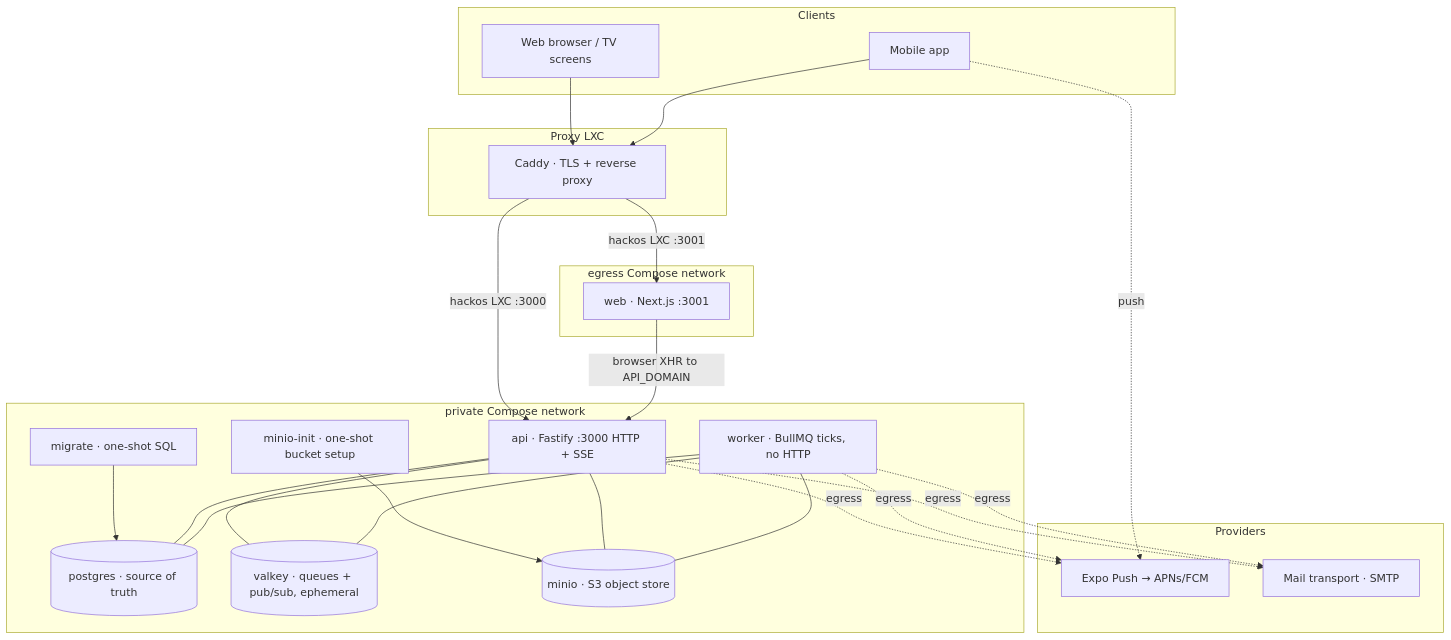
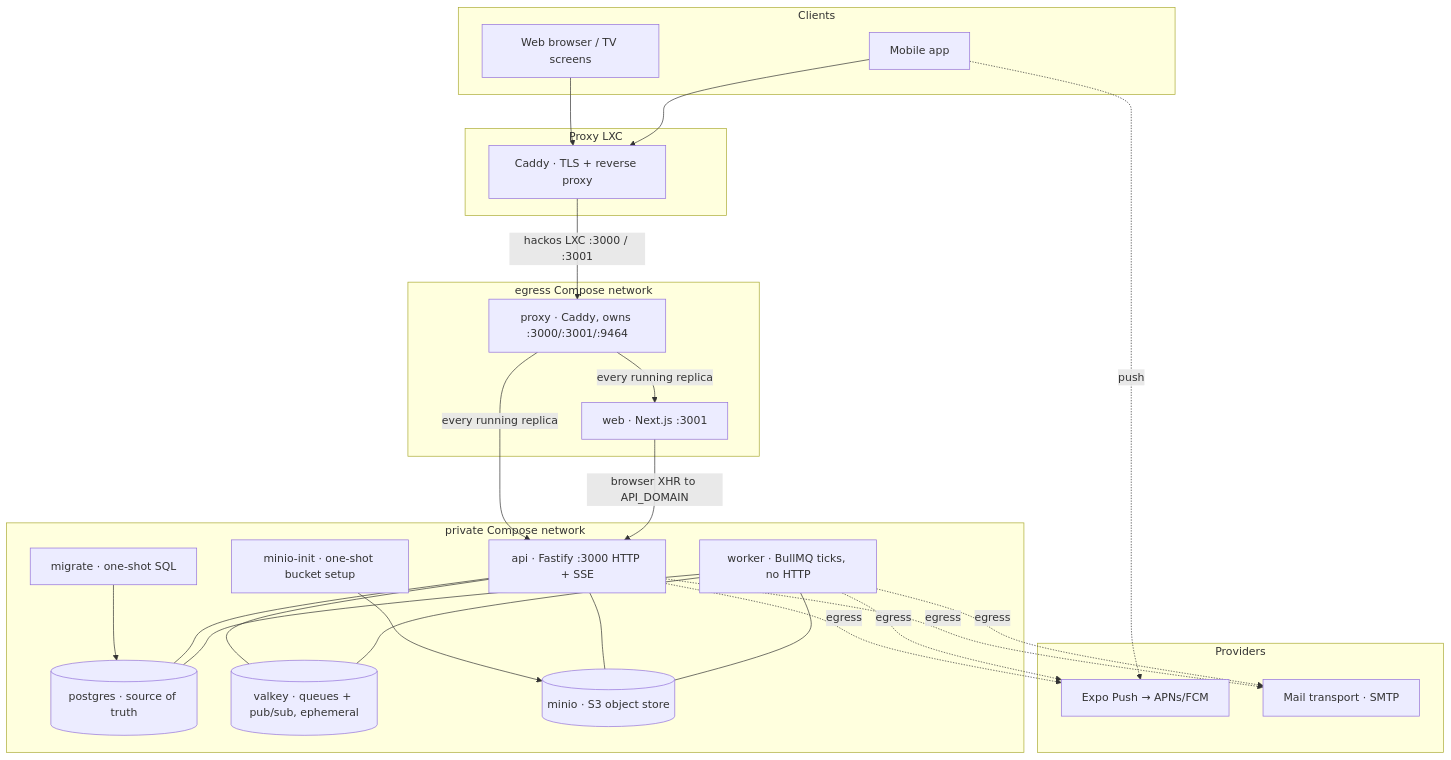
The first of 2 diagrams in docs/architecture.md (danicallero/hackOS), drawn with Mermaid before and after one commit. The commit also changed other lines of this file and 17 other files, not shown here.

First line of the commit message:
feat(deploy): roll api, worker and web without downtime (#1327)

````diff
--- a/docs/architecture.md
+++ b/docs/architecture.md
@@ -32,41 +32,42 @@
 ```mermaid
 flowchart TB
     subgraph clients[Clients]
         browser[Web browser / TV screens]
         phone[Mobile app]
     end
 
     subgraph private[private Compose network]
         api[api · Fastify :3000 HTTP + SSE]
         worker[worker · BullMQ ticks, no HTTP]
         pg[(postgres · source of truth)]
         vk[(valkey · queues + pub/sub, ephemeral)]
         minio[(minio · S3 object store)]
         migrate[migrate · one-shot SQL]
         init[minio-init · one-shot bucket setup]
     end
 
     subgraph egress[egress Compose network]
+        proxy[proxy · Caddy, owns :3000/:3001/:9464]
         web[web · Next.js :3001]
     end
 
     subgraph ingress[Proxy LXC]
         caddy[Caddy · TLS + reverse proxy]
     end
 
     subgraph ext[Providers]
         expo[Expo Push → APNs/FCM]
         mail[Mail transport · SMTP]
     end
 
     browser & phone --> caddy
-    caddy -->|hackos LXC :3000| api
-    caddy -->|hackos LXC :3001| web
+    caddy -->|hackos LXC :3000 / :3001| proxy
+    proxy -->|every running replica| api & web
     migrate --> pg
     init --> minio
     web -->|browser XHR to API_DOMAIN| api
     api --- pg & vk & minio
     worker --- pg & vk & minio
     api & worker -.egress.-> expo & mail
     phone -.push.-> expo
 ```
````
